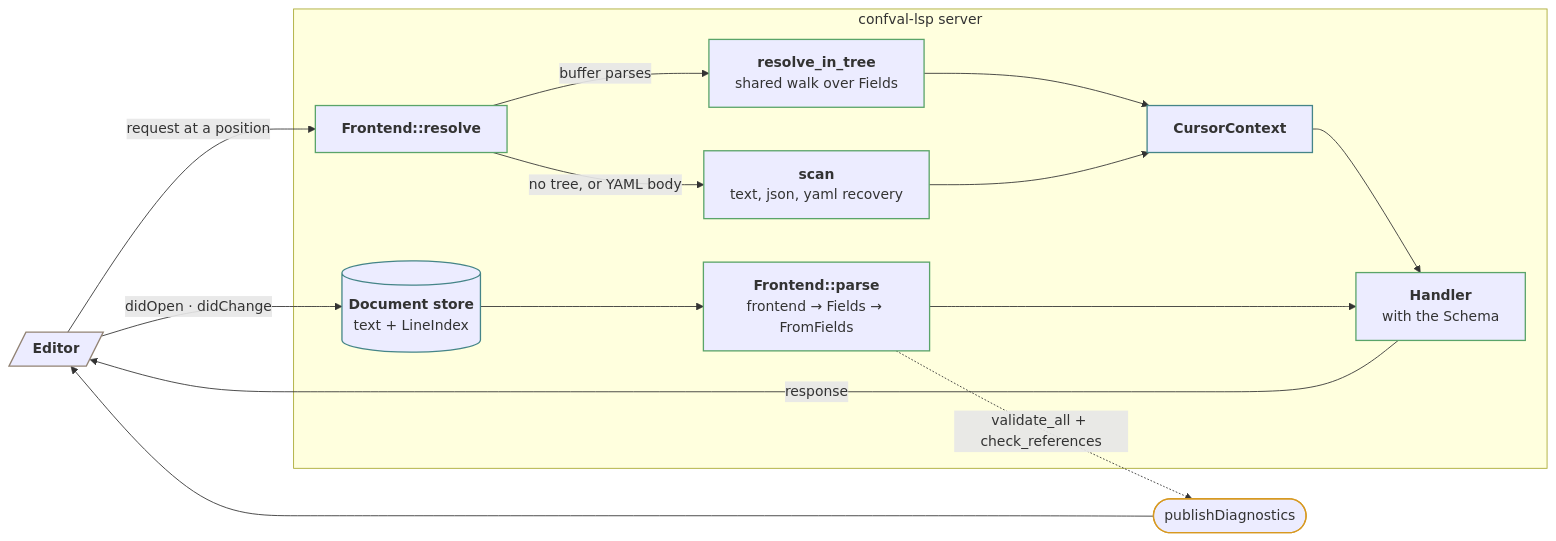
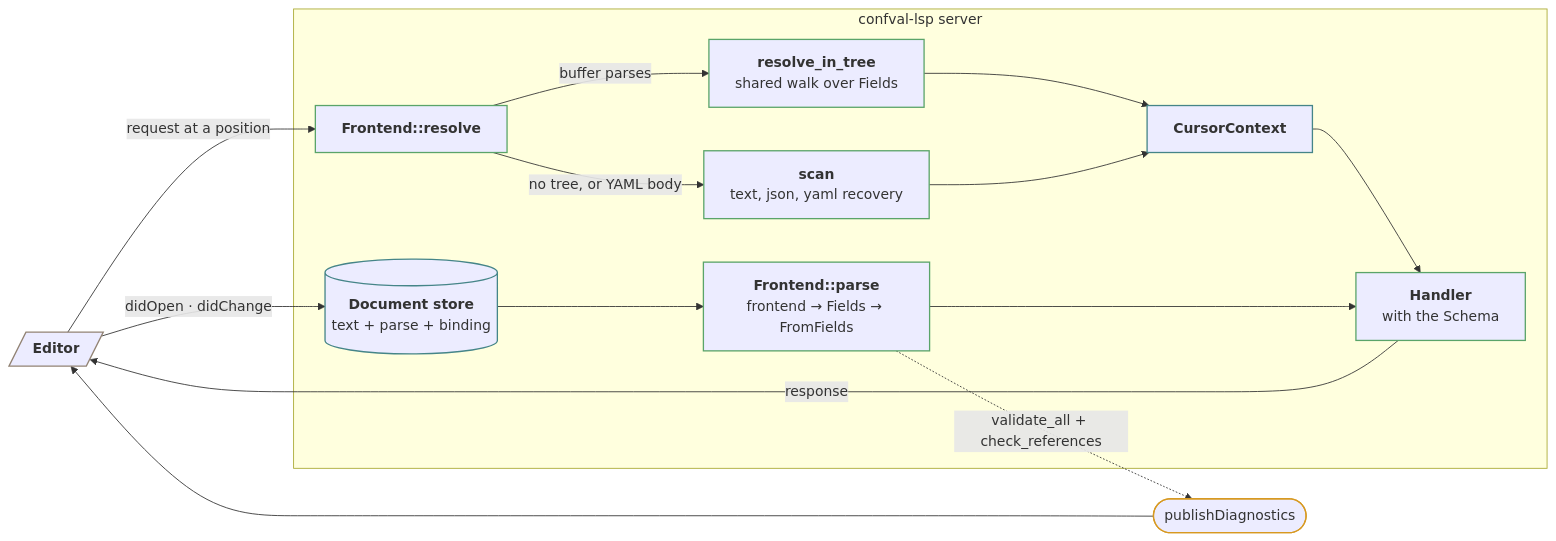
One commit to ethanhann/confval changed the second of 2 diagrams in docs/docs/architecture.md. Above: the diagram before and after it, drawn with Mermaid. The commit also changed other lines of this file and 4 other files, not shown here.

````diff
--- a/docs/docs/architecture.md
+++ b/docs/docs/architecture.md
@@ -283,40 +283,40 @@
 ```mermaid
 %%{ init: { "flowchart": { "curve": "basis" } } }%%
 flowchart LR
     ED[/"<b>Editor</b>"/]
 
     subgraph SRV2["confval-lsp server"]
-        STORE[("<b>Document store</b><br/>text + LineIndex")]
+        STORE[("<b>Document store</b><br/>text + parse + binding")]
         PARSE["<b>Frontend::parse</b><br/>frontend → Fields → FromFields"]
         RESOLVE["<b>Frontend::resolve</b>"]
         TREE["<b>resolve_in_tree</b><br/>shared walk over Fields"]
         SCAN["<b>scan</b><br/>text, json, yaml recovery"]
         CC["<b>CursorContext</b>"]
         HANDS["<b>Handler</b><br/>with the Schema"]
     end
 
     DIAGS(["publishDiagnostics"])
 
     ED -->|"didOpen · didChange"| STORE
     STORE --> PARSE
     ED -->|"request at a position"| RESOLVE
     RESOLVE -->|"buffer parses"| TREE
     RESOLVE -->|"no tree, or YAML body"| SCAN
     TREE --> CC
     SCAN --> CC
     CC --> HANDS
     PARSE --> HANDS
     HANDS -->|"response"| ED
     PARSE -.->|"validate_all + check_references"| DIAGS
     DIAGS --> ED
 
     classDef io stroke:#928374,stroke-width:1.5px;
     classDef data stroke:#458588,stroke-width:1.5px;
     classDef step stroke:#5aa469,stroke-width:1.5px;
     classDef diag stroke:#d79921,stroke-width:1.5px;
 
     class ED io;
     class STORE,CC data;
     class PARSE,RESOLVE,TREE,SCAN,HANDS step;
     class DIAGS diag;
 ```
````
